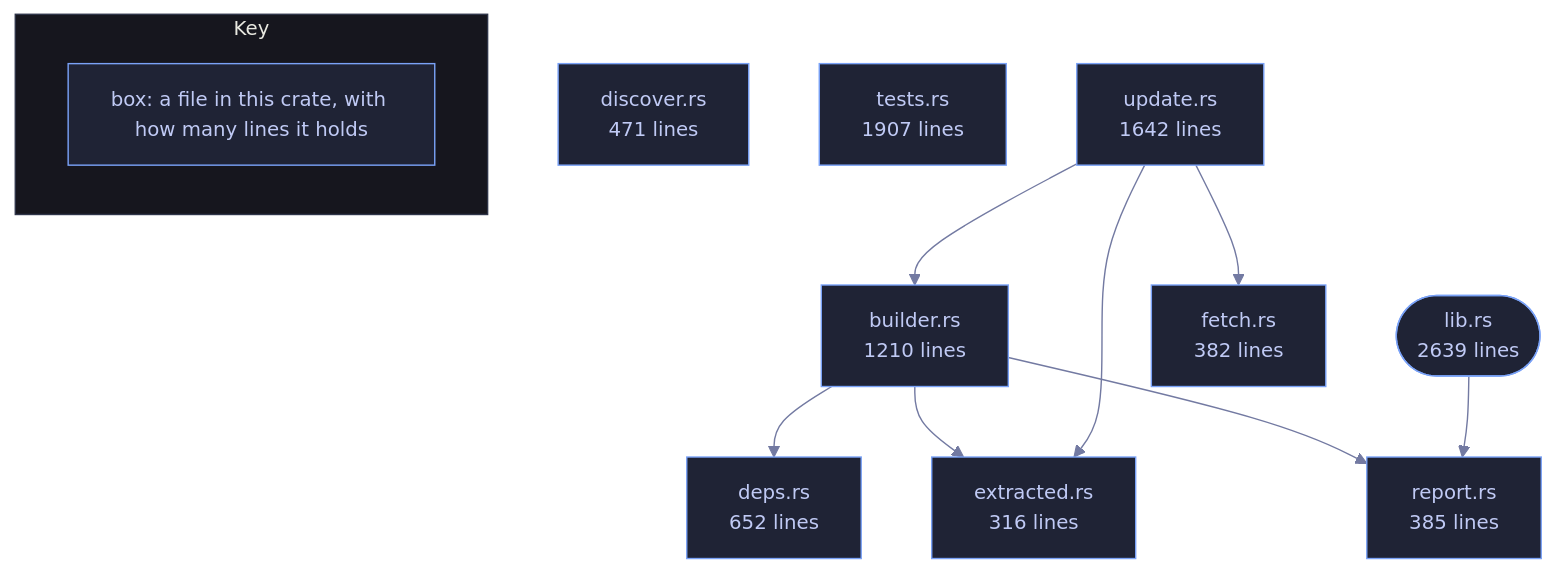
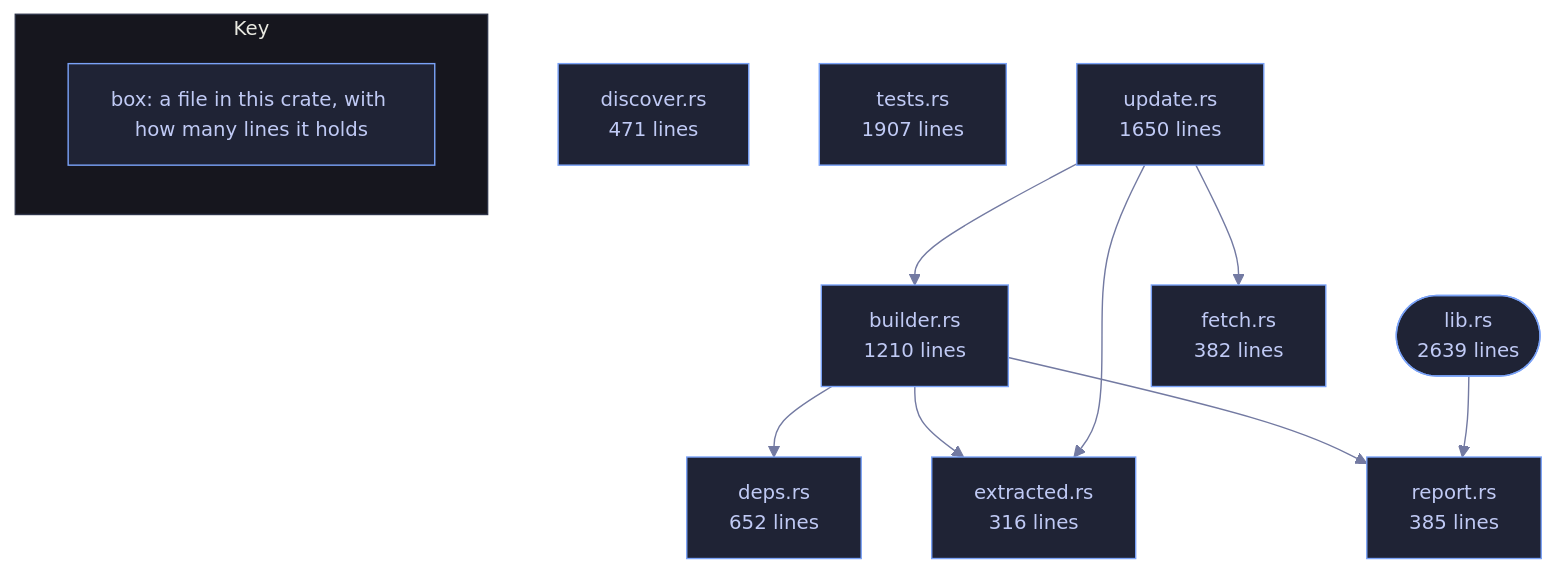
One commit to tilas01/veilvoice changed the diagram in crates/veilvoice-verify/README.md. Above: the diagram before and after it, drawn with Mermaid. The commit also changed other lines of this file and 80 other files, not shown here.

````diff
--- a/crates/veilvoice-verify/README.md
+++ b/crates/veilvoice-verify/README.md
@@ -99,33 +99,33 @@
 ```mermaid
 %%{init: {"theme":"base","themeVariables":{"background":"#1a1b26","primaryColor":"#1f2335","primaryTextColor":"#c0caf5","primaryBorderColor":"#7aa2f7","secondaryColor":"#16161e","tertiaryColor":"#16161e","lineColor":"#737aa2","textColor":"#c0caf5","mainBkg":"#1f2335","nodeBorder":"#7aa2f7","clusterBkg":"#16161e","clusterBorder":"#2f3549","fontFamily":"ui-monospace, SFMono-Regular, Consolas, monospace","fontSize":"14px"}}}%%
 flowchart TD
     n_lib(["lib.rs<br/>2639 lines"])
     n_builder["builder.rs<br/>1210 lines"]
     n_deps["deps.rs<br/>652 lines"]
     n_discover["discover.rs<br/>471 lines"]
     n_extracted["extracted.rs<br/>316 lines"]
     n_fetch["fetch.rs<br/>382 lines"]
     n_report["report.rs<br/>385 lines"]
     n_tests["tests.rs<br/>1907 lines"]
-    n_update["update.rs<br/>1642 lines"]
+    n_update["update.rs<br/>1650 lines"]
     n_builder --> n_deps
     n_builder --> n_extracted
     n_builder --> n_report
     n_lib --> n_report
     n_update --> n_builder
     n_update --> n_extracted
     n_update --> n_fetch
     click n_lib href "https://github.com/tilas01/veilvoice/blob/main/crates/veilvoice-verify/src/lib.rs" "open the source"
     click n_builder href "https://github.com/tilas01/veilvoice/blob/main/crates/veilvoice-verify/src/builder.rs" "open the source"
     click n_deps href "https://github.com/tilas01/veilvoice/blob/main/crates/veilvoice-verify/src/deps.rs" "open the source"
     click n_discover href "https://github.com/tilas01/veilvoice/blob/main/crates/veilvoice-verify/src/discover.rs" "open the source"
     click n_extracted href "https://github.com/tilas01/veilvoice/blob/main/crates/veilvoice-verify/src/extracted.rs" "open the source"
     click n_fetch href "https://github.com/tilas01/veilvoice/blob/main/crates/veilvoice-verify/src/fetch.rs" "open the source"
     click n_report href "https://github.com/tilas01/veilvoice/blob/main/crates/veilvoice-verify/src/report.rs" "open the source"
     click n_tests href "https://github.com/tilas01/veilvoice/blob/main/crates/veilvoice-verify/src/tests.rs" "open the source"
     click n_update href "https://github.com/tilas01/veilvoice/blob/main/crates/veilvoice-verify/src/update.rs" "open the source"
     subgraph chart_key ["Key"]
         direction LR
         key_box["box: a file in this crate, with how many lines it holds"]
     end
 ```
````
